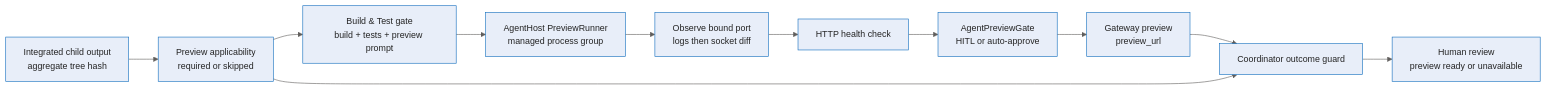
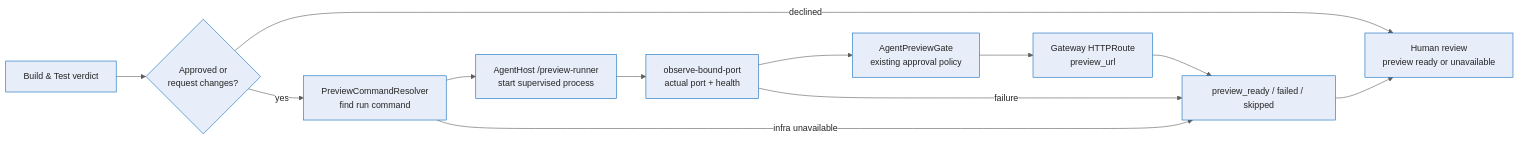
Before and after one commit to sabbour/agentweaver: the diagram in docs/deep-dive/live-preview-provisioning.md, drawn with Mermaid. The commit also changed other lines of this file and 80 other files, not shown here.

````diff
--- a/docs/deep-dive/live-preview-provisioning.md
+++ b/docs/deep-dive/live-preview-provisioning.md
@@ -9,20 +9,19 @@
 ```mermaid
 %%{init: {'theme':'base','themeVariables':{'fontFamily':'Segoe UI, system-ui, -apple-system, sans-serif','fontSize':'15px','primaryColor':'#E8EEF9','primaryBorderColor':'#0F6CBD','primaryTextColor':'#242424','lineColor':'#605E5C','clusterBkg':'#FAF9F8','clusterBorder':'#D2D0CE','edgeLabelBackground':'#FFFFFF'}}}%%
 flowchart LR
-    Integration[Integrated child output<br/>aggregate tree hash]
-    Applicability[Preview applicability<br/>required or skipped]
-    BuildTest[Build & Test gate<br/>build + tests + preview prompt]
-    Runner[AgentHost PreviewRunner<br/>managed process group]
-    Port[Observe bound port<br/>logs then socket diff]
-    Health[HTTP health check]
-    Gate[AgentPreviewGate<br/>HITL or auto-approve]
-    Gateway[Gateway preview<br/>preview_url]
-    Guard[Coordinator outcome guard]
+    Gate[Build & Test verdict]
+    Check{Approved or<br/>request changes?}
+    Resolve[PreviewCommandResolver<br/>find run command]
+    Runner[AgentHost /preview-runner<br/>start supervised process]
+    Port[observe-bound-port<br/>actual port + health]
+    Approval[AgentPreviewGate<br/>existing approval policy]
+    Route[Gateway HTTPRoute<br/>preview_url]
+    Outcome[preview_ready / failed / skipped]
     Review[Human review<br/>preview ready or unavailable]
 
-    Integration --> Applicability --> BuildTest
-    BuildTest --> Runner --> Port --> Health --> Gate --> Gateway
-    Gateway --> Guard
-    Applicability --> Guard
-    Guard --> Review
+    Gate --> Check
+    Check -- declined --> Review
+    Check -- yes --> Resolve --> Runner --> Port --> Approval --> Route --> Outcome --> Review
+    Resolve -- infra unavailable --> Outcome
+    Port -- failure --> Outcome
 ```
````
